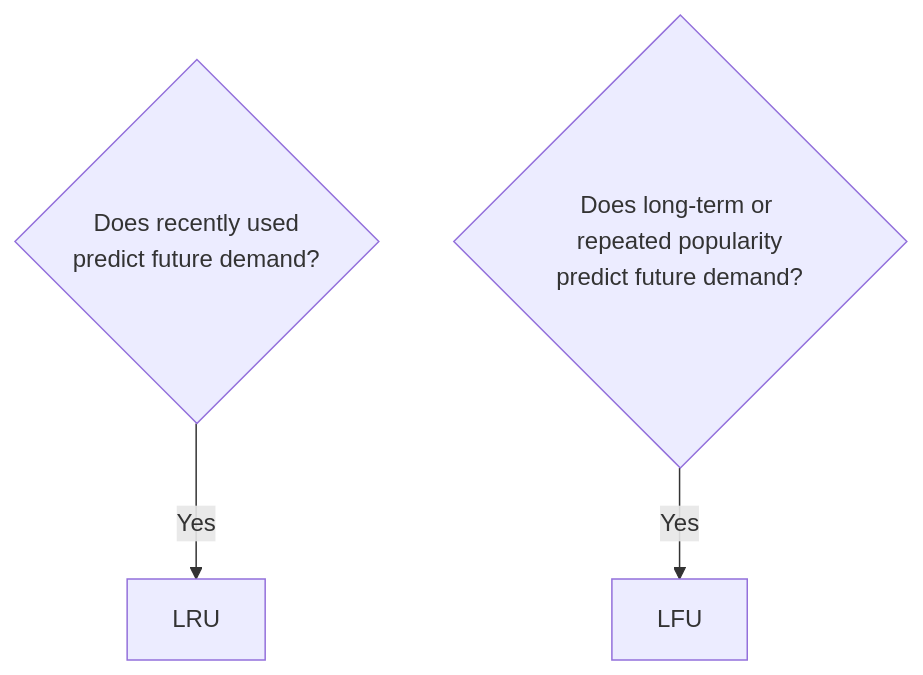
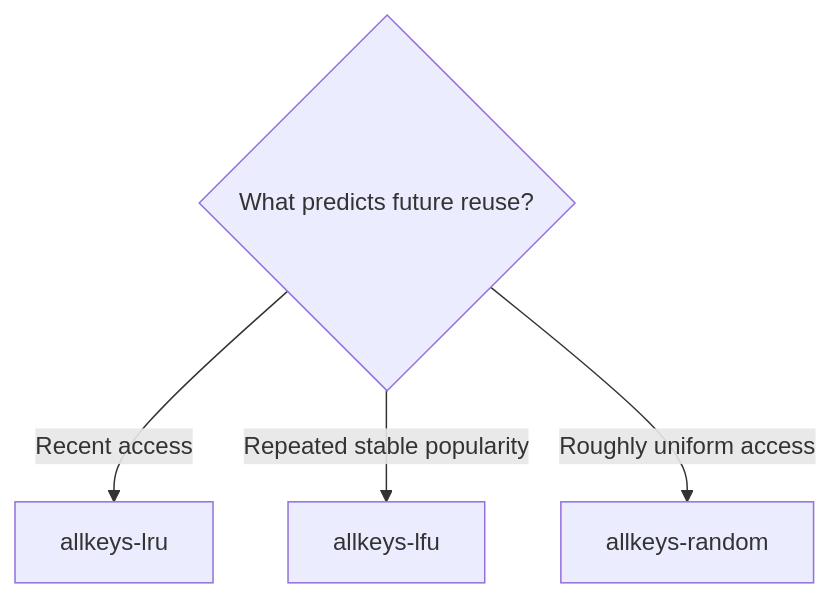
One commit to AvadhBhalodiya/Interview-Preparation changed the seventh of 9 diagrams in src/content/caching/ttl-eviction-policies.md. Above: the diagram before and after it, drawn with Mermaid. The commit also changed other lines of this file and 54 other files, not shown here.

````diff
--- a/src/content/caching/ttl-eviction-policies.md
+++ b/src/content/caching/ttl-eviction-policies.md
@@ -839,5 +473,7 @@
 ```mermaid
 flowchart TD
-    Q1{Does recently used<br/>predict future demand?} -->|Yes| LRU[LRU]
-    Q2{Does long-term or repeated popularity<br/>predict future demand?} -->|Yes| LFU[LFU]
+    A{What predicts future reuse?}
+    A -->|Recent access| B[allkeys-lru]
+    A -->|Repeated stable popularity| C[allkeys-lfu]
+    A -->|Roughly uniform access| D[allkeys-random]
 ```
````
